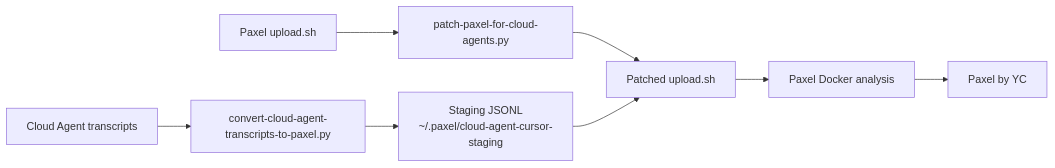
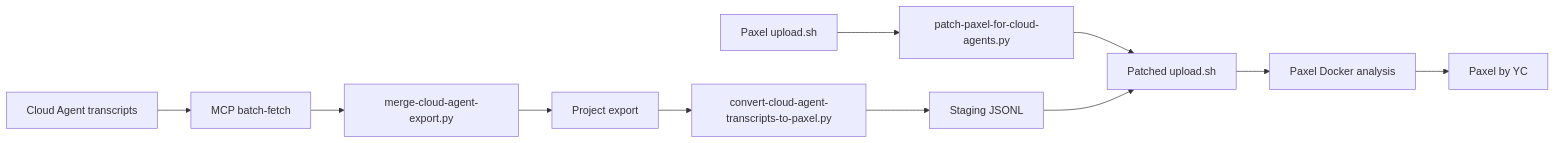
The diagram in docs/architecture.md (Salestrics/Cursor-Cloud-to-Paxel-Converter), drawn with Mermaid before and after one commit. The commit also changed other lines of this file and 7 other files, not shown here.

First line of the commit message:
Add one-command bridge automation for MCP export sync

````diff
--- a/docs/architecture.md
+++ b/docs/architecture.md
@@ -20,10 +20,13 @@
 ```mermaid
 flowchart LR
-    A[Cloud Agent transcripts] --> B[convert-cloud-agent-transcripts-to-paxel.py]
-    B --> C[Staging JSONL<br/>~/.paxel/cloud-agent-cursor-staging]
-    D[Paxel upload.sh] --> E[patch-paxel-for-cloud-agents.py]
-    E --> F[Patched upload.sh]
-    C --> F
-    F --> G[Paxel Docker analysis]
-    G --> H[Paxel by YC]
+    A[Cloud Agent transcripts] --> B[MCP batch-fetch]
+    B --> C[merge-cloud-agent-export.py]
+    C --> D[Project export]
+    D --> E[convert-cloud-agent-transcripts-to-paxel.py]
+    E --> F[Staging JSONL]
+    G[Paxel upload.sh] --> H[patch-paxel-for-cloud-agents.py]
+    H --> I[Patched upload.sh]
+    F --> I
+    I --> J[Paxel Docker analysis]
+    J --> K[Paxel by YC]
 ```
````
